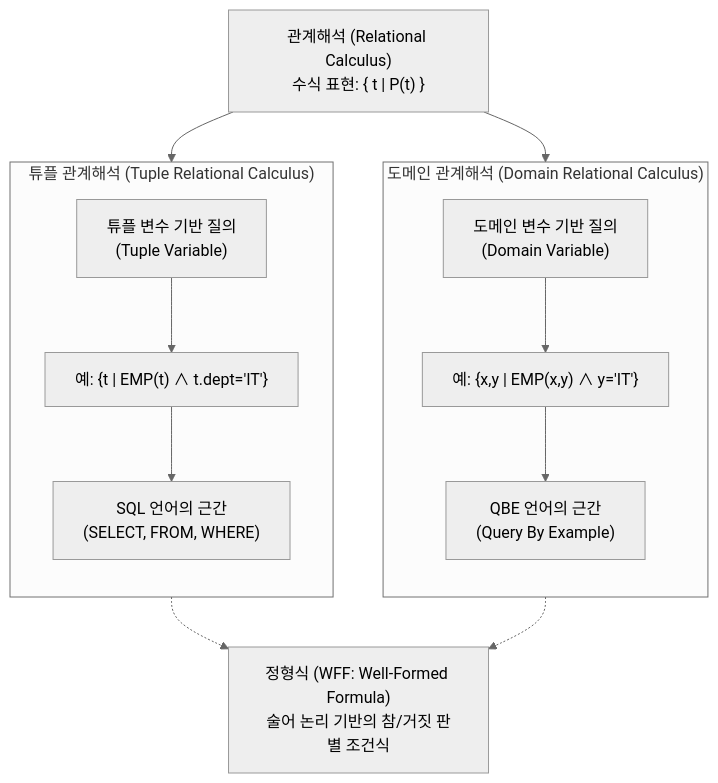
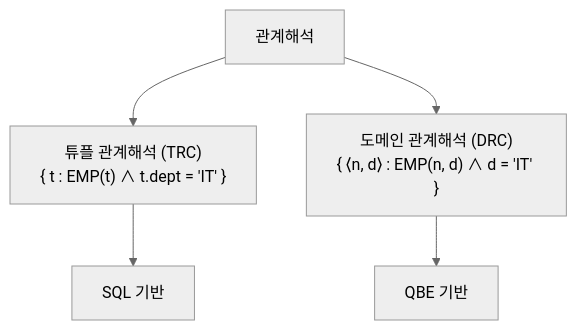
Before and after one commit to supremethumb/supremethumb.github.io: the diagram in content/01_IT Tech/관계해석.md, drawn with Mermaid (neutral theme). The commit also changed other lines of this file and 1087 other files, not shown here.

````diff
--- a/content/01_IT Tech/관계해석.md
+++ b/content/01_IT Tech/관계해석.md
@@ -28,30 +34,7 @@
 ```mermaid
-flowchart TD
-    RC["관계해석 (Relational Calculus)<br/>수식 표현: { t | P(t) }"]
-    
-    subgraph TRC_Group ["튜플 관계해석 (Tuple Relational Calculus)"]
-        direction TB
-        TRC["튜플 변수 기반 질의<br/>(Tuple Variable)"]
-        TRC_Ex["예: {t | EMP(t) ∧ t.dept='IT'}"]
-        SQL["SQL 언어의 근간<br/>(SELECT, FROM, WHERE)"]
-        
-        TRC --> TRC_Ex --> SQL
-    end
-    
-    subgraph DRC_Group ["도메인 관계해석 (Domain Relational Calculus)"]
-        direction TB
-        DRC["도메인 변수 기반 질의<br/>(Domain Variable)"]
-        DRC_Ex["예: {x,y | EMP(x,y) ∧ y='IT'}"]
-        QBE["QBE 언어의 근간<br/>(Query By Example)"]
-        
-        DRC --> DRC_Ex --> QBE
-    end
-    
-    WFF["정형식 (WFF: Well-Formed Formula)<br/>술어 논리 기반의 참/거짓 판별 조건식"]
-    
-    RC --> TRC_Group
-    RC --> DRC_Group
-    TRC_Group -.-> WFF
-    DRC_Group -.-> WFF
-
+flowchart TB
+    RC["관계해석"] --> TRC["튜플 관계해석 (TRC)<br/>{ t : EMP(t) ∧ t.dept = 'IT' }"]
+    RC --> DRC["도메인 관계해석 (DRC)<br/>{ ⟨n, d⟩ : EMP(n, d) ∧ d = 'IT' }"]
+    TRC --> SQL["SQL 기반"]
+    DRC --> QBE["QBE 기반"]
 ```
````
